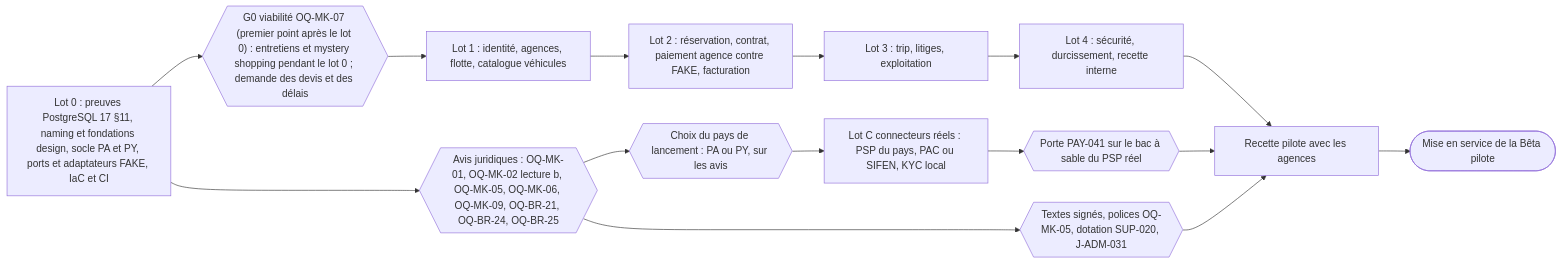
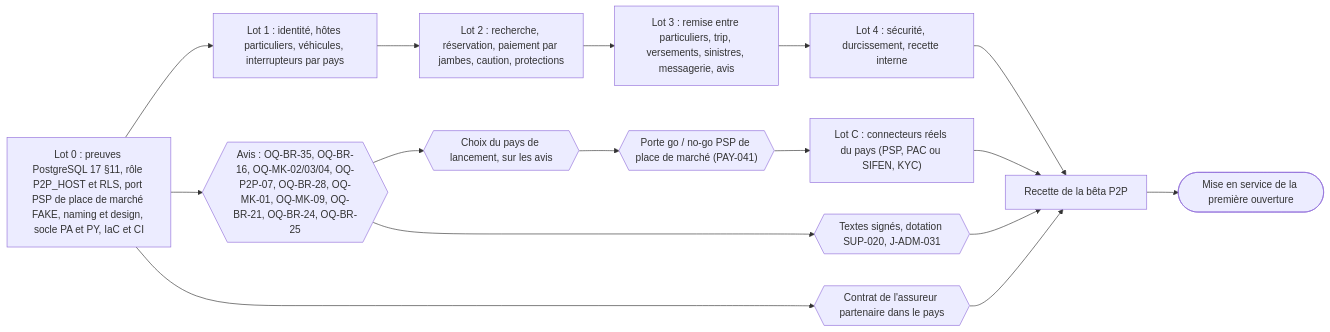
One commit to Noamgitpty/rueda changed the first of 2 diagrams in docs/specs/18_MVP_AND_ROADMAP.md. Above: the diagram before and after it, drawn with Mermaid. The commit also changed other lines of this file, not shown here.

First line of the commit message:
docs(US-054): 18 version 5 — le MVP devient la bêta P2P

````diff
--- a/docs/specs/18_MVP_AND_ROADMAP.md
+++ b/docs/specs/18_MVP_AND_ROADMAP.md
@@ -163,20 +176,21 @@
 ```mermaid
 flowchart LR
-    G0{{"G0 viabilité OQ-MK-07 (premier point après le lot 0) : entretiens et mystery shopping pendant le lot 0 ; demande des devis et des délais"}}
-    L0["Lot 0 : preuves PostgreSQL 17 §11, naming et fondations design, socle PA et PY, ports et adaptateurs FAKE, IaC et CI"]
-    L1["Lot 1 : identité, agences, flotte, catalogue véhicules"]
-    L2["Lot 2 : réservation, contrat, paiement agence contre FAKE, facturation"]
-    L3["Lot 3 : trip, litiges, exploitation"]
+    L0["Lot 0 : preuves PostgreSQL 17 §11, rôle P2P_HOST et RLS, port PSP de place de marché FAKE, naming et design, socle PA et PY, IaC et CI"]
+    L1["Lot 1 : identité, hôtes particuliers, véhicules, interrupteurs par pays"]
+    L2["Lot 2 : recherche, réservation, paiement par jambes, caution, protections"]
+    L3["Lot 3 : remise entre particuliers, trip, versements, sinistres, messagerie, avis"]
     L4["Lot 4 : sécurité, durcissement, recette interne"]
-    AV{{"Avis juridiques : OQ-MK-01, OQ-MK-02 lecture b, OQ-MK-05, OQ-MK-06, OQ-MK-09, OQ-BR-21, OQ-BR-24, OQ-BR-25"}}
-    PAYS{{"Choix du pays de lancement : PA ou PY, sur les avis"}}
-    LC["Lot C connecteurs réels : PSP du pays, PAC ou SIFEN, KYC local"]
-    G41{{"Porte PAY-041 sur le bac à sable du PSP réel"}}
-    TXT{{"Textes signés, polices OQ-MK-05, dotation SUP-020, J-ADM-031"}}
-    RP["Recette pilote avec les agences"]
-    GOLIVE(["Mise en service de la Bêta pilote"])
-    L0 --> G0 --> L1 --> L2 --> L3 --> L4 --> RP
-    L0 --> AV --> PAYS --> LC --> G41 --> RP
+    AV{{"Avis : OQ-BR-35, OQ-BR-16, OQ-MK-02/03/04, OQ-P2P-07, OQ-BR-28, OQ-MK-01, OQ-MK-09, OQ-BR-21, OQ-BR-24, OQ-BR-25"}}
+    ASS{{"Contrat de l'assureur partenaire dans le pays"}}
+    PAYS{{"Choix du pays de lancement, sur les avis"}}
+    GNG{{"Porte go / no-go PSP de place de marché (PAY-041)"}}
+    LC["Lot C : connecteurs réels du pays (PSP, PAC ou SIFEN, KYC)"]
+    TXT{{"Textes signés, dotation SUP-020, J-ADM-031"}}
+    RP["Recette de la bêta P2P"]
+    GOLIVE(["Mise en service de la première ouverture"])
+    L0 --> L1 --> L2 --> L3 --> L4 --> RP
+    L0 --> AV --> PAYS --> GNG --> LC --> RP
+    L0 --> ASS --> RP
     AV --> TXT --> RP
     RP --> GOLIVE
 ```
````
